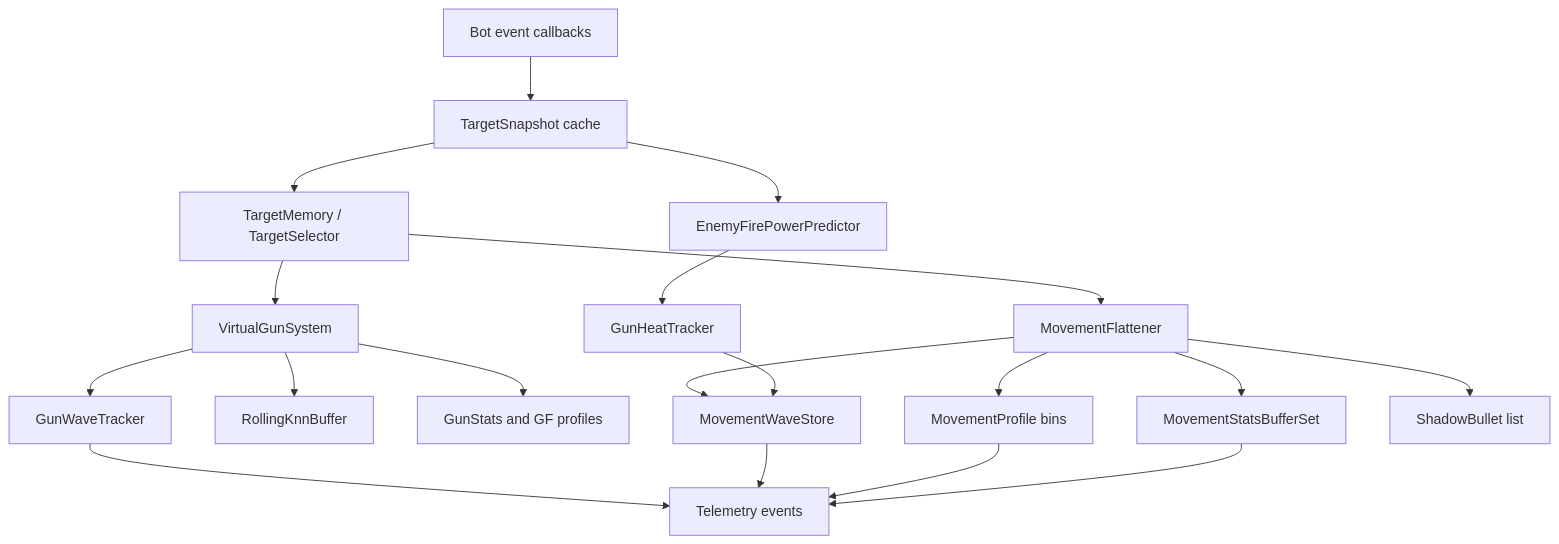
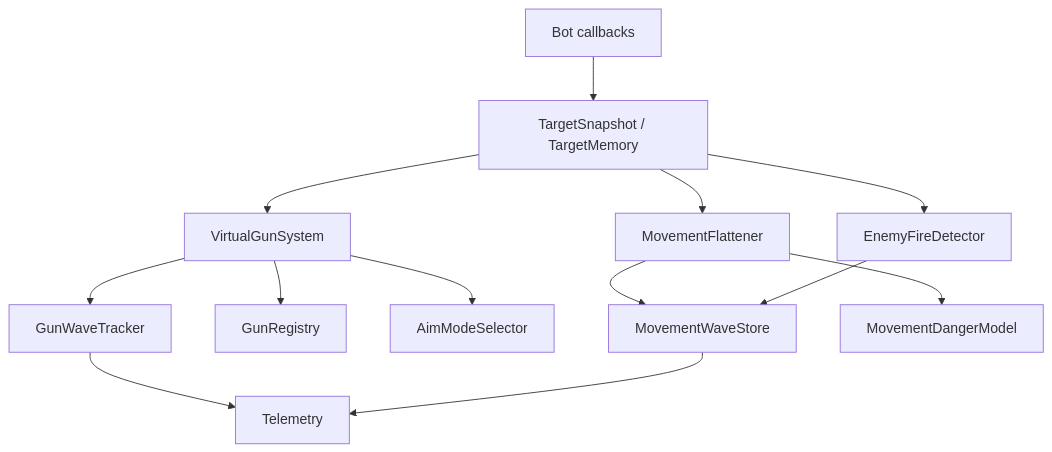
Before and after one commit to fduch-stranger/robocode-bot: the diagram in docs/bot-core-data-structures.md, drawn with Mermaid. The commit also changed other lines of this file and 25 other files, not shown here.

````diff
--- a/docs/bot-core-data-structures.md
+++ b/docs/bot-core-data-structures.md
@@ -15,21 +9,15 @@
 ```mermaid
 flowchart TD
-    A["Bot event callbacks"] --> B["TargetSnapshot cache"]
-    B --> T["TargetMemory / TargetSelector"]
-    T --> C["VirtualGunSystem"]
-    T --> D["MovementFlattener"]
-    B --> E["EnemyFirePowerPredictor"]
-    E --> F["GunHeatTracker"]
-    C --> G["GunWaveTracker"]
-    C --> H["RollingKnnBuffer"]
-    C --> I["GunStats and GF profiles"]
-    D --> J["MovementWaveStore"]
-    D --> K["MovementProfile bins"]
-    D --> L["MovementStatsBufferSet"]
-    D --> M["ShadowBullet list"]
-    F --> J
-    G --> N["Telemetry events"]
-    J --> N
-    K --> N
-    L --> N
+    A["Bot callbacks"] --> B["TargetSnapshot / TargetMemory"]
+    B --> C["VirtualGunSystem"]
+    B --> D["MovementFlattener"]
+    B --> E["EnemyFireDetector"]
+    C --> F["GunWaveTracker"]
+    C --> G["GunRegistry"]
+    C --> H["AimModeSelector"]
+    D --> I["MovementWaveStore"]
+    D --> J["MovementDangerModel"]
+    E --> I
+    F --> K["Telemetry"]
+    I --> K
 ```
````
